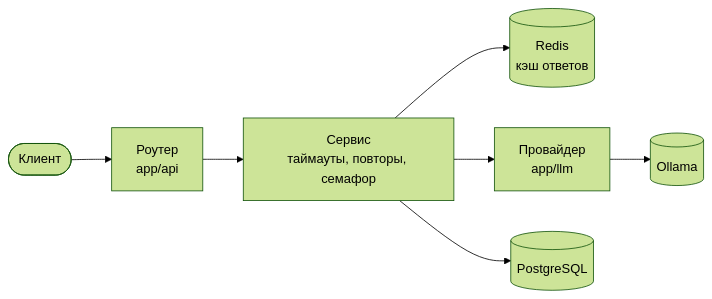
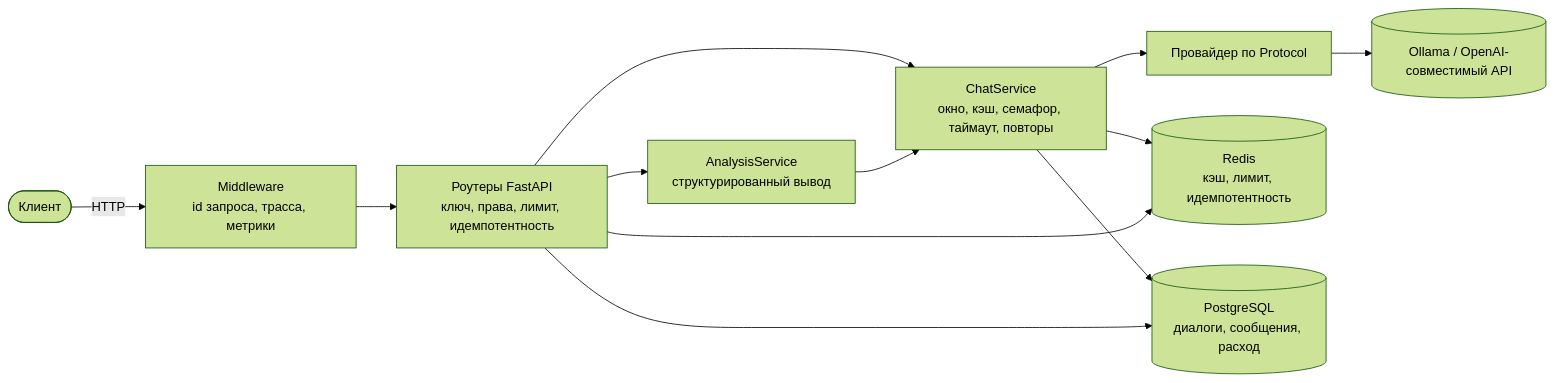
The first of 2 diagrams in README.md (DelixeamI/llm-chat-api), drawn with Mermaid (forest theme) before and after one commit. The commit also changed other lines of this file and 14 other files, not shown here.

````diff
--- a/README.md
+++ b/README.md
@@ -100,9 +102,14 @@
 ```mermaid
 flowchart LR
-    client([Клиент]) --> router[Роутер<br/>app/api]
-    router --> service[Сервис<br/>таймауты, повторы, семафор]
-    service --> cache[(Redis<br/>кэш ответов)]
-    service --> provider[Провайдер<br/>app/llm]
-    provider --> ollama[(Ollama)]
-    service --> db[(PostgreSQL)]
+    client([Клиент]) -->|HTTP| mw[Middleware<br/>id запроса, трасса, метрики]
+    mw --> api[Роутеры FastAPI<br/>ключ, права, лимит, идемпотентность]
+    api --> chat[ChatService<br/>окно, кэш, семафор, таймаут, повторы]
+    api --> analysis[AnalysisService<br/>структурированный вывод]
+    analysis --> chat
+    chat --> provider[Провайдер по Protocol]
+    provider --> llm[(Ollama / OpenAI-совместимый API)]
+    chat --> redis[(Redis<br/>кэш, лимит, идемпотентность)]
+    api --> redis
+    chat --> pg[(PostgreSQL<br/>диалоги, сообщения, расход)]
+    api --> pg
 ```
````
